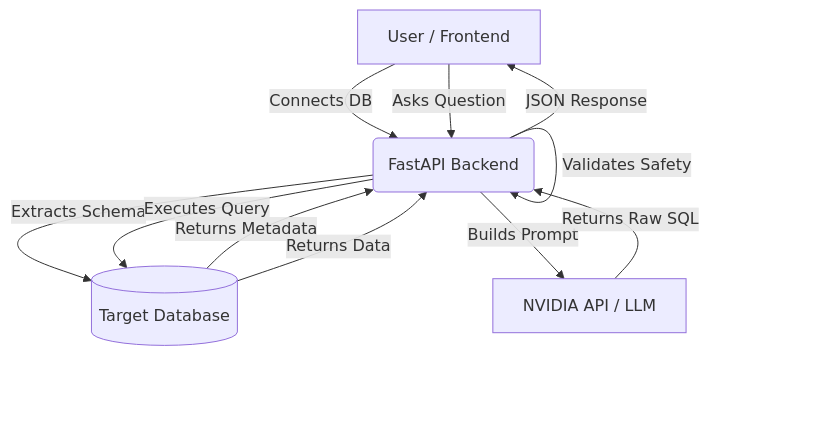
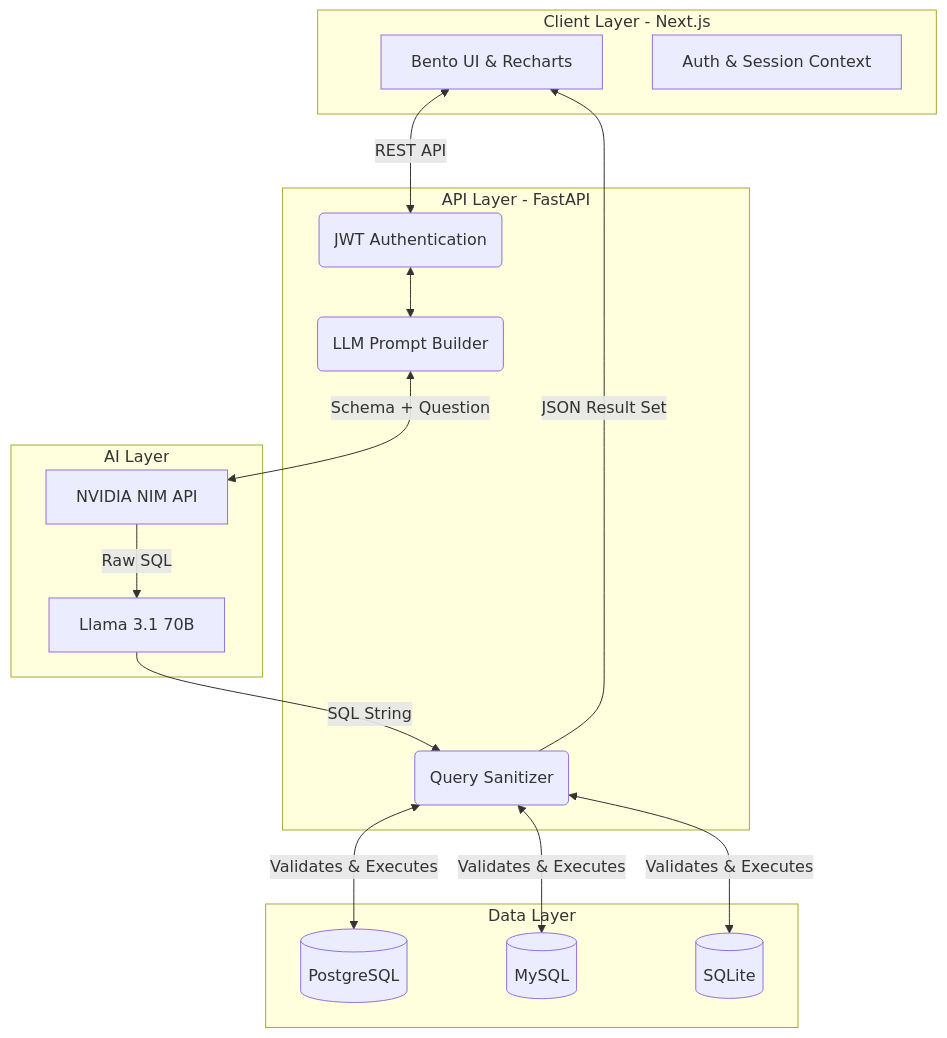
One commit to RakshithSharma96/SchemaFlow changed the diagram in README.md. Above: the diagram before and after it, drawn with Mermaid. The commit also changed other lines of this file, not shown here.

````diff
--- a/README.md
+++ b/README.md
@@ -52,14 +62,34 @@
 ```mermaid
 graph TD
-    A[User / Frontend] -->|Connects DB| B(FastAPI Backend)
-    B -->|Extracts Schema| C[(Target Database)]
-    C -->|Returns Metadata| B
-    B -->|Masks Sensitive Data| B
-    A -->|Asks Question| B
-    B -->|Builds Prompt| D[NVIDIA API / LLM]
-    D -->|Returns Raw SQL| B
-    B -->|Validates Safety| B
-    B -->|Executes Query| C
-    C -->|Returns Data| B
-    B -->|JSON Response| A
+    subgraph Frontend [Client Layer - Next.js]
+        UI[Bento UI & Recharts]
+        State[Auth & Session Context]
+    end
+
+    subgraph Backend [API Layer - FastAPI]
+        Auth(JWT Authentication)
+        Prompt(LLM Prompt Builder)
+        Sec(Query Sanitizer)
+    end
+
+    subgraph Intelligence [AI Layer]
+        Nvidia[NVIDIA NIM API]
+        Llama[Llama 3.1 70B]
+    end
+
+    subgraph Infrastructure [Data Layer]
+        PG[(PostgreSQL)]
+        MY[(MySQL)]
+        SQ[(SQLite)]
+    end
+
+    UI <-->|REST API| Auth
+    Auth <--> Prompt
+    Prompt <-->|Schema + Question| Nvidia
+    Nvidia -->|Raw SQL| Llama
+    Llama -->|SQL String| Sec
+    Sec <-->|Validates & Executes| PG
+    Sec <-->|Validates & Executes| MY
+    Sec <-->|Validates & Executes| SQ
+    Sec -->|JSON Result Set| UI
 ```
````
